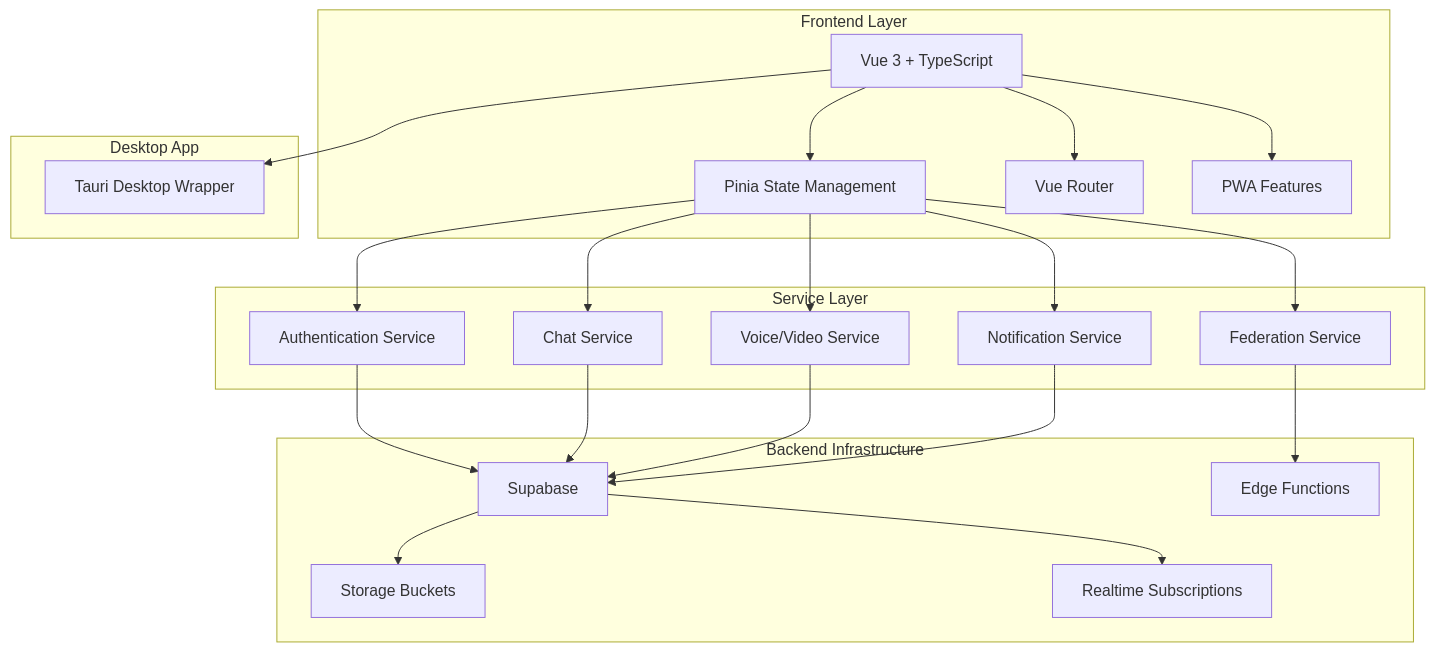
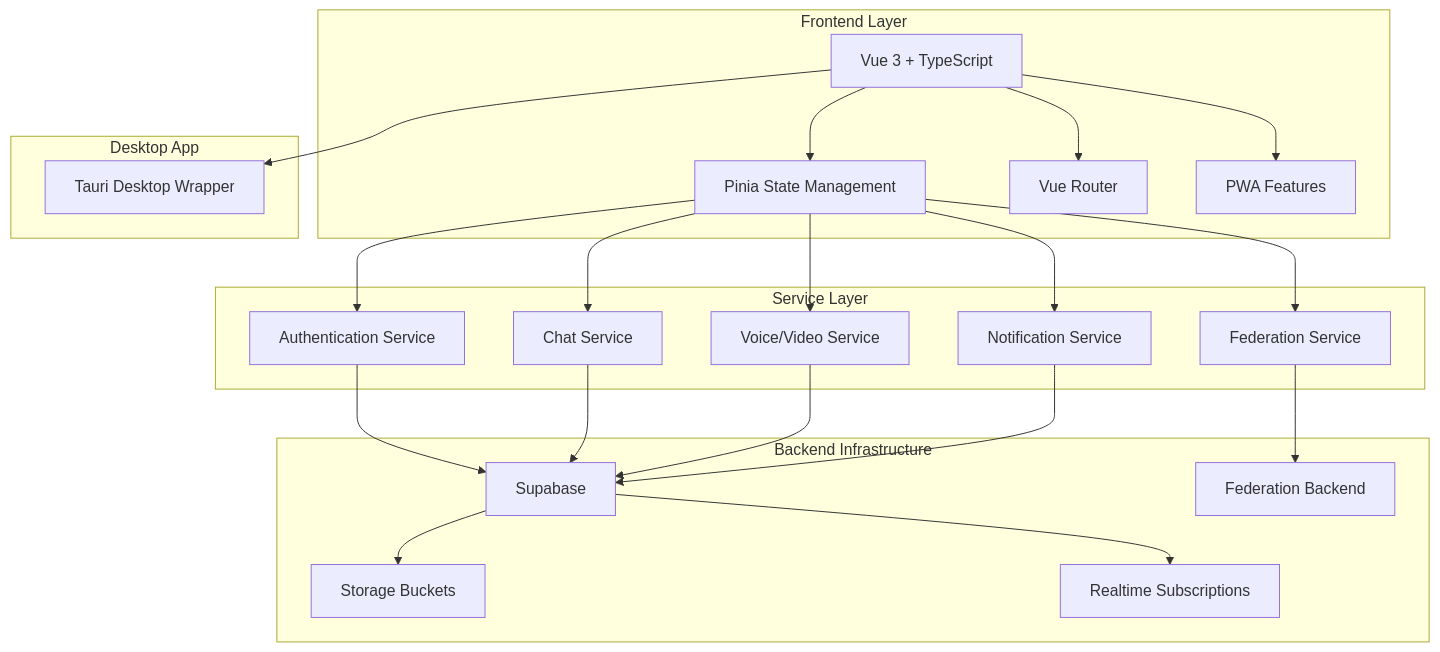
The diagram in docs/README.md (y4my4my4m/harmony), drawn with Mermaid before and after one commit. The commit also changed other lines of this file and 77 other files, not shown here.

````diff
--- a/docs/README.md
+++ b/docs/README.md
@@ -34,45 +36,45 @@
 ```mermaid
 graph TB
     subgraph "Frontend Layer"
         VUE[Vue 3 + TypeScript]
         PINIA[Pinia State Management]
         ROUTER[Vue Router]
         PWA[PWA Features]
     end
     
     subgraph "Service Layer"
         AUTH[Authentication Service]
         CHAT[Chat Service]
         VOICE[Voice/Video Service]
         FED[Federation Service]
         NOTIF[Notification Service]
     end
     
     subgraph "Backend Infrastructure"
         SUPA[Supabase]
-        EDGE[Edge Functions]
+        FEDB[Federation Backend]
         STORAGE[Storage Buckets]
         REALTIME[Realtime Subscriptions]
     end
     
     subgraph "Desktop App"
         TAURI[Tauri Desktop Wrapper]
     end
     
     VUE --> PINIA
     VUE --> ROUTER
     VUE --> PWA
     PINIA --> AUTH
     PINIA --> CHAT
     PINIA --> VOICE
     PINIA --> FED
     PINIA --> NOTIF
     AUTH --> SUPA
     CHAT --> SUPA
     VOICE --> SUPA
-    FED --> EDGE
+    FED --> FEDB
     NOTIF --> SUPA
     SUPA --> STORAGE
     SUPA --> REALTIME
     VUE --> TAURI
 ```
````
